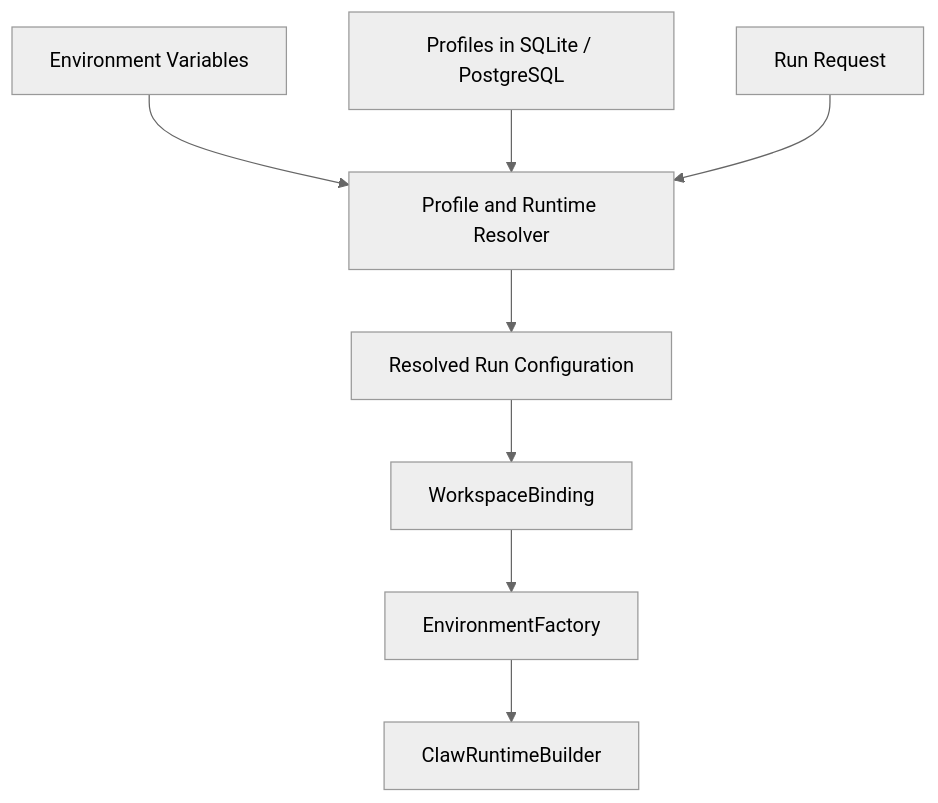
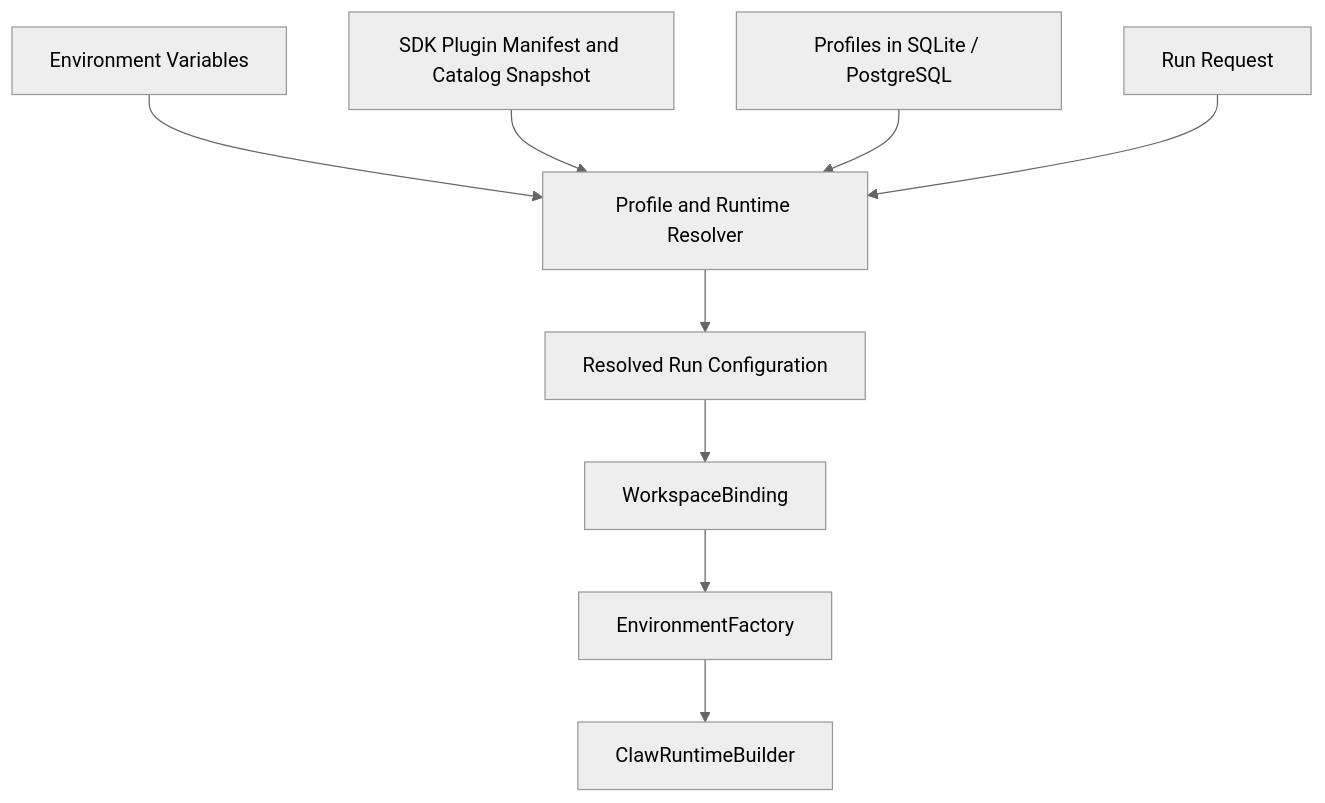
Before and after one commit to Wh1isper/ya-agent-sdk: the first of 2 diagrams in packages/ya-claw/spec/01-configuration-and-workspace-provider.md, drawn with Mermaid (neutral theme). The commit also changed other lines of this file and 446 other files, not shown here.

````diff
--- a/packages/ya-claw/spec/01-configuration-and-workspace-provider.md
+++ b/packages/ya-claw/spec/01-configuration-and-workspace-provider.md
@@ -11,10 +12,11 @@
 ```mermaid
 flowchart TB
     ENV[Environment Variables] --> RES[Profile and Runtime Resolver]
+    PLUGINS[SDK Plugin Manifest and Catalog Snapshot] --> RES
     STORE[Profiles in SQLite / PostgreSQL] --> RES
     REQ[Run Request] --> RES
     RES --> RUNCFG[Resolved Run Configuration]
     RUNCFG --> BIND[WorkspaceBinding]
     BIND --> ENVF[EnvironmentFactory]
     ENVF --> RUNTIME[ClawRuntimeBuilder]
 ```
````
